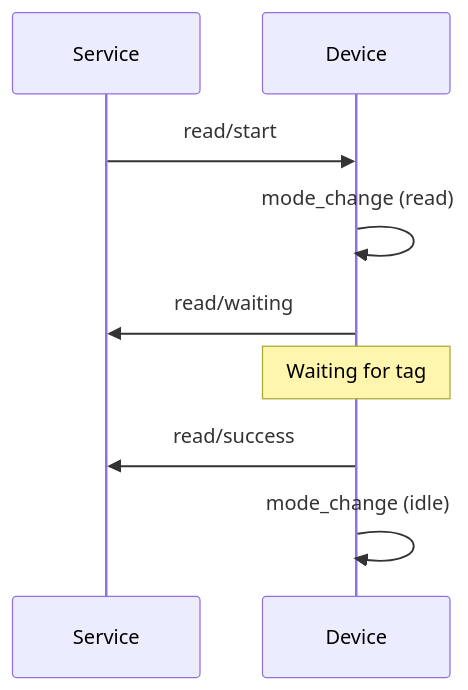
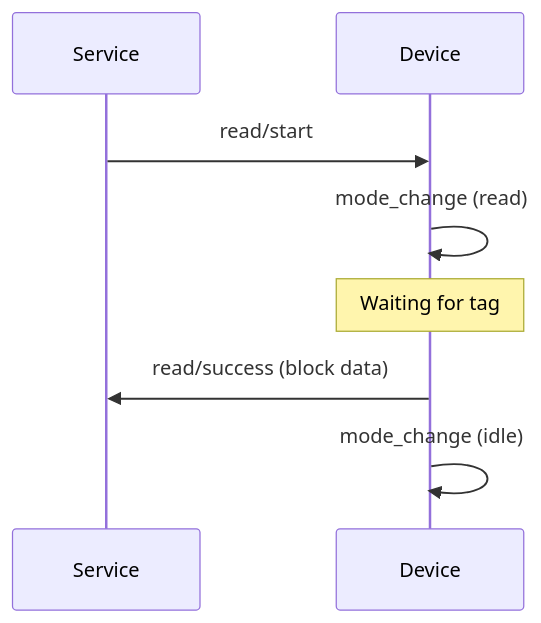
Before and after one commit to LibreTap/mqtt-protocol: the third of 3 diagrams in MQTT_PROTOCOL_SPEC.md, drawn with Mermaid. The commit also changed other lines of this file and 5 other files, not shown here.

Commit message:
refactor: remove waiting events from authentication, register and reading flows

````diff
--- a/MQTT_PROTOCOL_SPEC.md
+++ b/MQTT_PROTOCOL_SPEC.md
@@ -221,12 +216,11 @@
 ```mermaid
 sequenceDiagram
     participant Service
     participant Device
     
     Service->>Device: read/start
     Device->>Device: mode_change (read)
-    Device->>Service: read/waiting
     Note over Device: Waiting for tag
-    Device->>Service: read/success
+    Device->>Service: read/success (block data)
     Device->>Device: mode_change (idle)
 ```
````
